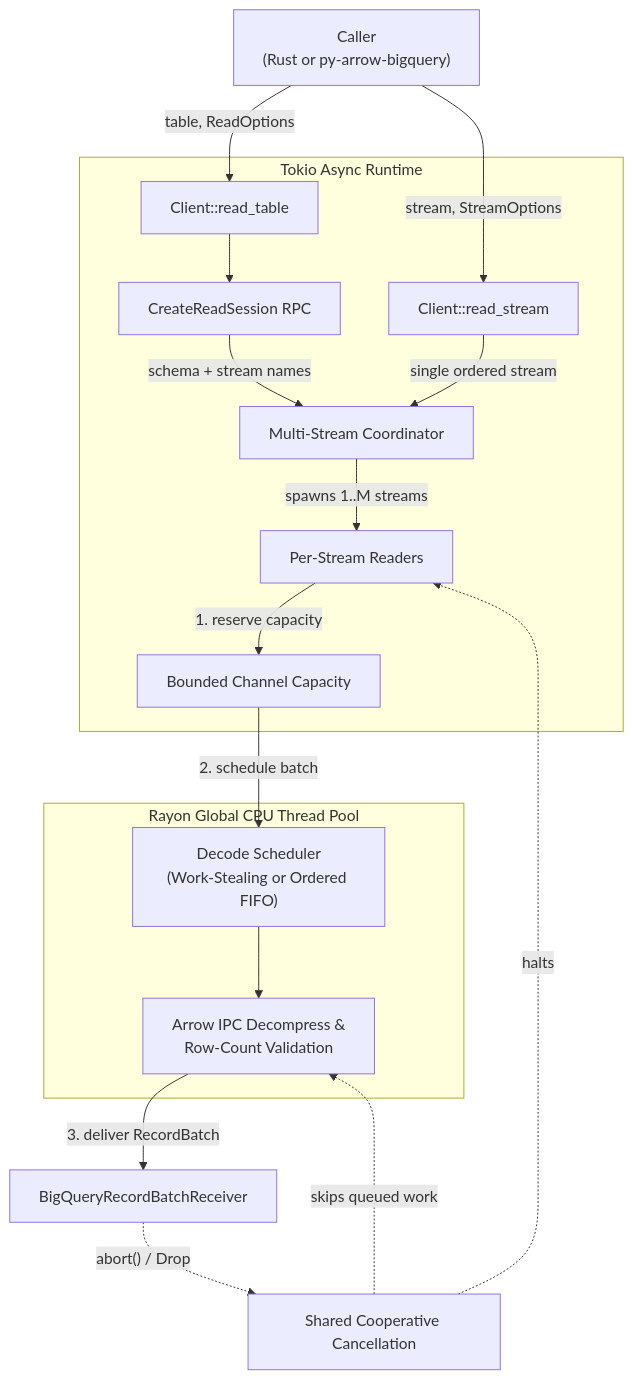
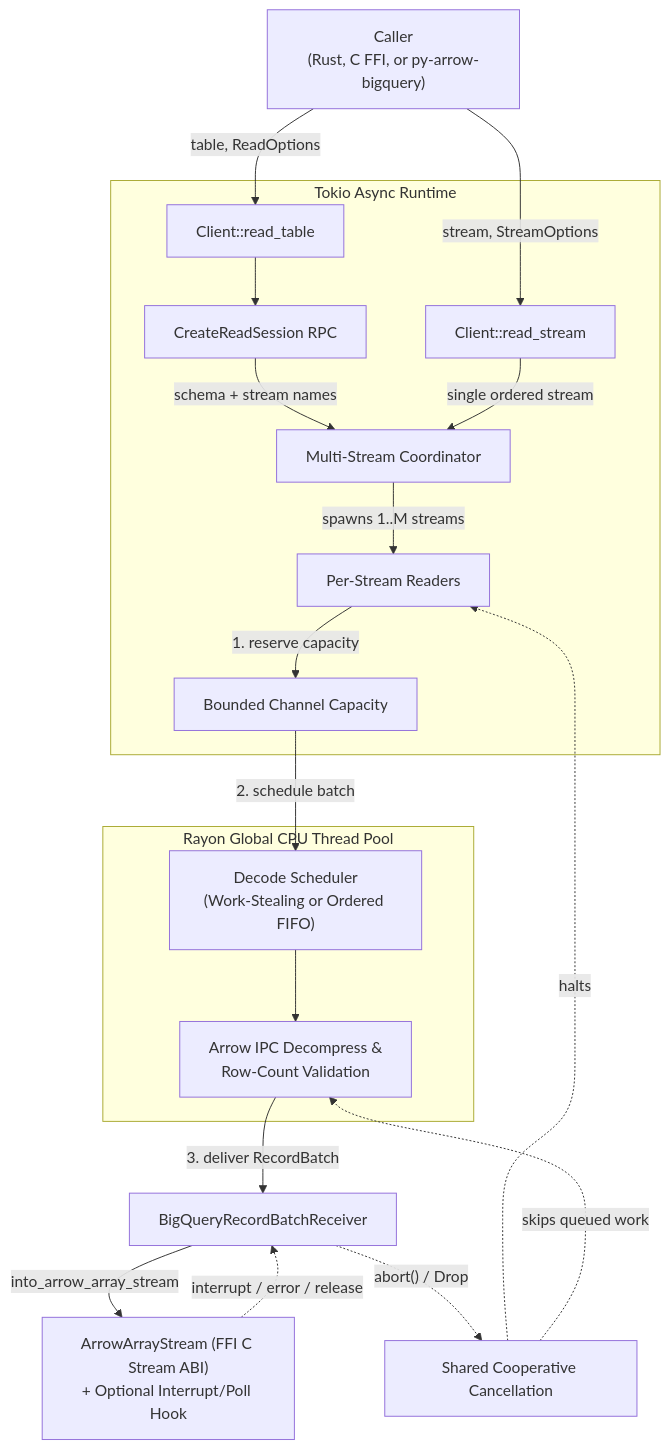
Before and after one commit to pola-rs/polars-bigquery-client: the first of 2 diagrams in docs/designs/read_table_reconnection.md, drawn with Mermaid. The commit also changed other lines of this file and 14 other files, not shown here.

````diff
--- a/docs/designs/read_table_reconnection.md
+++ b/docs/designs/read_table_reconnection.md
@@ -83,37 +89,40 @@
 ```mermaid
 flowchart TD
-    Caller["Caller\n(Rust or py-arrow-bigquery)"]
+    Caller["Caller\n(Rust, C FFI, or py-arrow-bigquery)"]
 
     subgraph Tokio["Tokio Async Runtime"]
         ReadTable["Client::read_table"]
         CreateSession["CreateReadSession RPC"]
         ReadStreamFn["Client::read_stream"]
         Coordinator["Multi-Stream Coordinator"]
         StreamReaders["Per-Stream Readers"]
         Backpressure["Bounded Channel Capacity"]
     end
 
     subgraph Rayon["Rayon Global CPU Thread Pool"]
         Scheduler["Decode Scheduler\n(Work-Stealing or Ordered FIFO)"]
         Decoder["Arrow IPC Decompress &\nRow-Count Validation"]
     end
 
     Receiver["BigQueryRecordBatchReceiver"]
+    CStream["ArrowArrayStream (FFI C Stream ABI)\n+ Optional Interrupt/Poll Hook"]
     Cancel["Shared Cooperative Cancellation"]
 
     Caller -->|"table, ReadOptions"| ReadTable
     ReadTable --> CreateSession
     CreateSession -->|"schema + stream names"| Coordinator
 
     Caller --->|"stream, StreamOptions"| ReadStreamFn
     ReadStreamFn -->|"single ordered stream"| Coordinator
 
     Coordinator -->|"spawns 1..M streams"| StreamReaders
     StreamReaders -->|"1. reserve capacity"| Backpressure
     Backpressure -->|"2. schedule batch"| Scheduler
     Scheduler --> Decoder
     Decoder -->|"3. deliver RecordBatch"| Receiver
+    Receiver -->|"into_arrow_array_stream"| CStream
     Receiver -.->|"abort() / Drop"| Cancel
+    CStream -.->|"interrupt / error / release"| Receiver
     Cancel -.->|"halts"| StreamReaders
     Cancel -.->|"skips queued work"| Decoder
 ```
````
